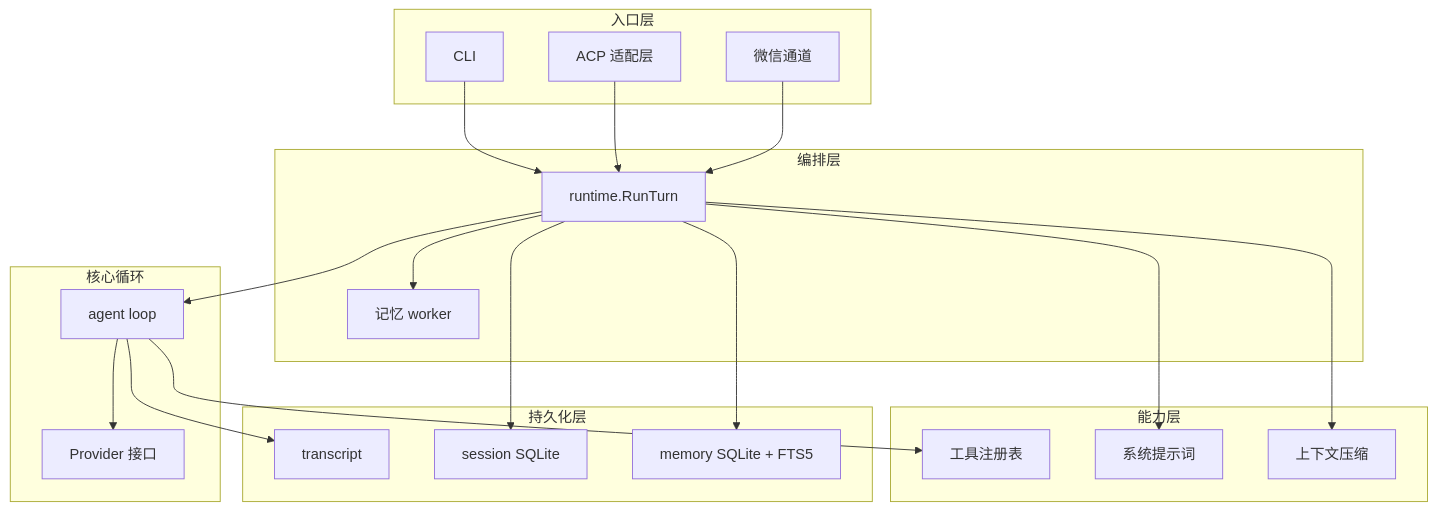
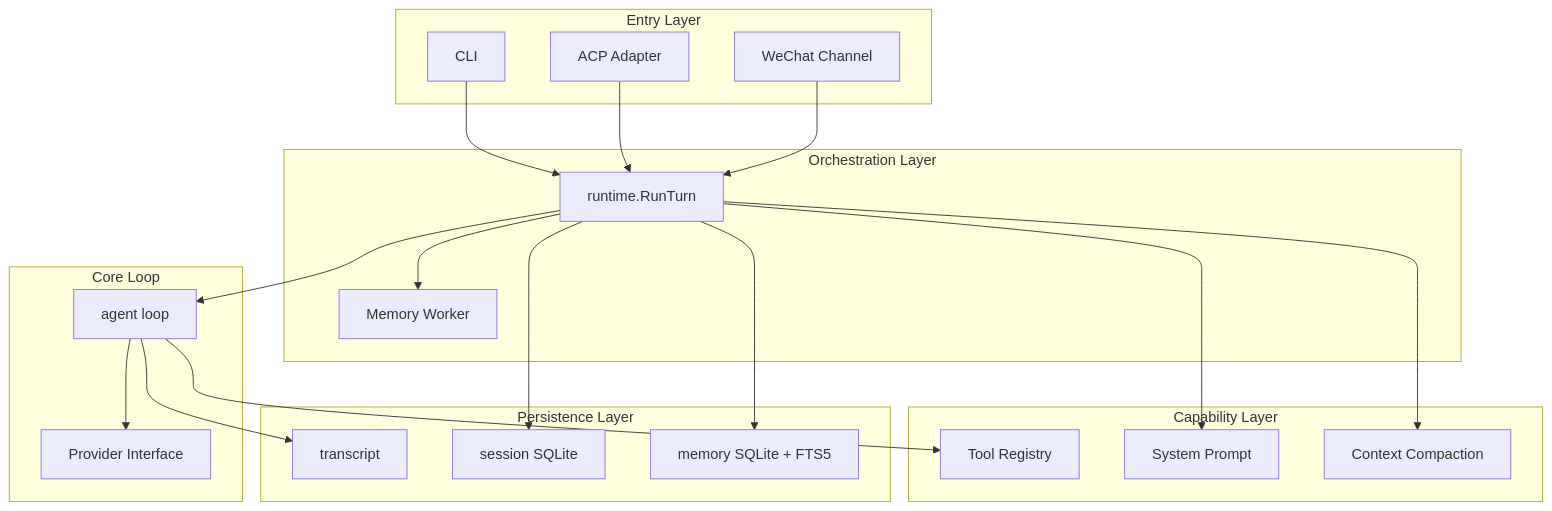
Before and after one commit to gvenusleo/Atlas: the first of 2 diagrams in README.md, drawn with Mermaid. The commit also changed other lines of this file and 3 other files, not shown here.

````diff
--- a/README.md
+++ b/README.md
@@ -22,43 +24,43 @@
 ```mermaid
 graph TD
-    subgraph 入口层
+    subgraph Entry Layer
         CLI[CLI]
-        ACP[ACP 适配层]
-        WX[微信通道]
+        ACP[ACP Adapter]
+        WX[WeChat Channel]
     end
 
-    subgraph 编排层
+    subgraph Orchestration Layer
         RT[runtime.RunTurn]
-        MW[记忆 worker]
+        MW[Memory Worker]
     end
 
-    subgraph 核心循环
+    subgraph Core Loop
         AG[agent loop]
-        PR[Provider 接口]
+        PR[Provider Interface]
     end
 
-    subgraph 能力层
-        TOOLS[工具注册表]
-        PRMPT[系统提示词]
-        CMP[上下文压缩]
+    subgraph Capability Layer
+        TOOLS[Tool Registry]
+        PRMPT[System Prompt]
+        CMP[Context Compaction]
     end
 
-    subgraph 持久化层
+    subgraph Persistence Layer
         TR[transcript]
         SS[session SQLite]
         MS[memory SQLite + FTS5]
     end
 
     CLI --> RT
     ACP --> RT
     WX --> RT
     RT --> AG
     RT --> MW
     AG --> PR
     AG --> TOOLS
     RT --> PRMPT
     RT --> CMP
     RT --> MS
     AG --> TR
     RT --> SS
 ```
````
